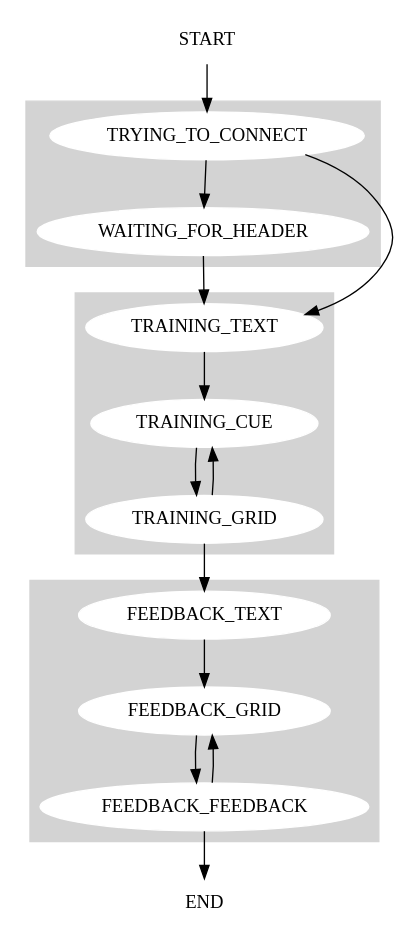
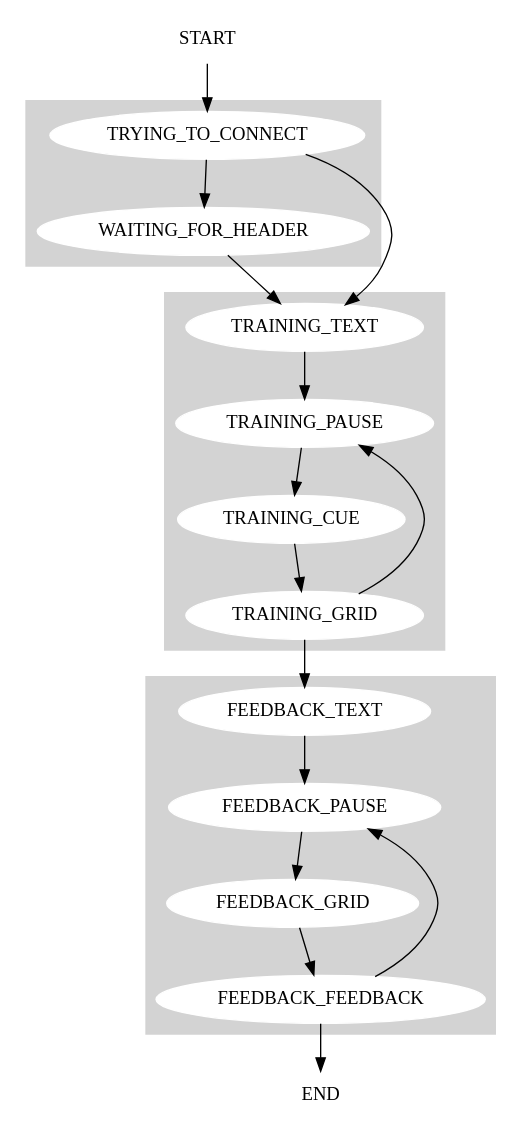
One commit to Wieke/Visual-Speller-Stimulus changed the diagram in doc/program_states.dot. Above: the diagram before and after it, drawn with Graphviz. The commit also changed 1 other file, not shown here.

Commit message:
Added pause states.

```diff
--- a/doc/program_states.dot
+++ b/doc/program_states.dot
@@ -1,44 +1,48 @@
 digraph G {
 
 	node [style=filled,color=white];
 
 	subgraph cluster_0 {
 		style=filled;
 		color=lightgrey;
 		TRYING_TO_CONNECT;
 		WAITING_FOR_HEADER;
 	}
 
 
 	subgraph cluster_1 {
 		style=filled;
 		color=lightgrey;
 		TRAINING_TEXT
+		TRAINING_PAUSE
 		TRAINING_CUE
-		TRAINING_GRID 
+		TRAINING_GRID
 }
 
 	subgraph cluster_2 {
 		style=filled;
 		color=lightgrey;
 		FEEDBACK_TEXT
+		FEEDBACK_PAUSE
 		FEEDBACK_GRID 
 		FEEDBACK_FEEDBACK 
 }
 
 	START -> TRYING_TO_CONNECT;
 	TRYING_TO_CONNECT -> TRAINING_TEXT;
 	TRYING_TO_CONNECT -> WAITING_FOR_HEADER;
 	WAITING_FOR_HEADER -> TRAINING_TEXT;
-	TRAINING_TEXT -> TRAINING_CUE;
+	TRAINING_TEXT -> TRAINING_PAUSE;
+	TRAINING_PAUSE -> TRAINING_CUE;
 	TRAINING_CUE -> TRAINING_GRID;
-	TRAINING_GRID -> TRAINING_CUE;
+	TRAINING_GRID -> TRAINING_PAUSE;
 	TRAINING_GRID -> FEEDBACK_TEXT;
-	FEEDBACK_TEXT -> FEEDBACK_GRID;
+	FEEDBACK_TEXT -> FEEDBACK_PAUSE;
+	FEEDBACK_PAUSE -> FEEDBACK_GRID;
 	FEEDBACK_GRID -> FEEDBACK_FEEDBACK;
-	FEEDBACK_FEEDBACK -> FEEDBACK_GRID;
+	FEEDBACK_FEEDBACK -> FEEDBACK_PAUSE;
 	FEEDBACK_FEEDBACK -> END;
 	
 	END;
 	START
 }
```
